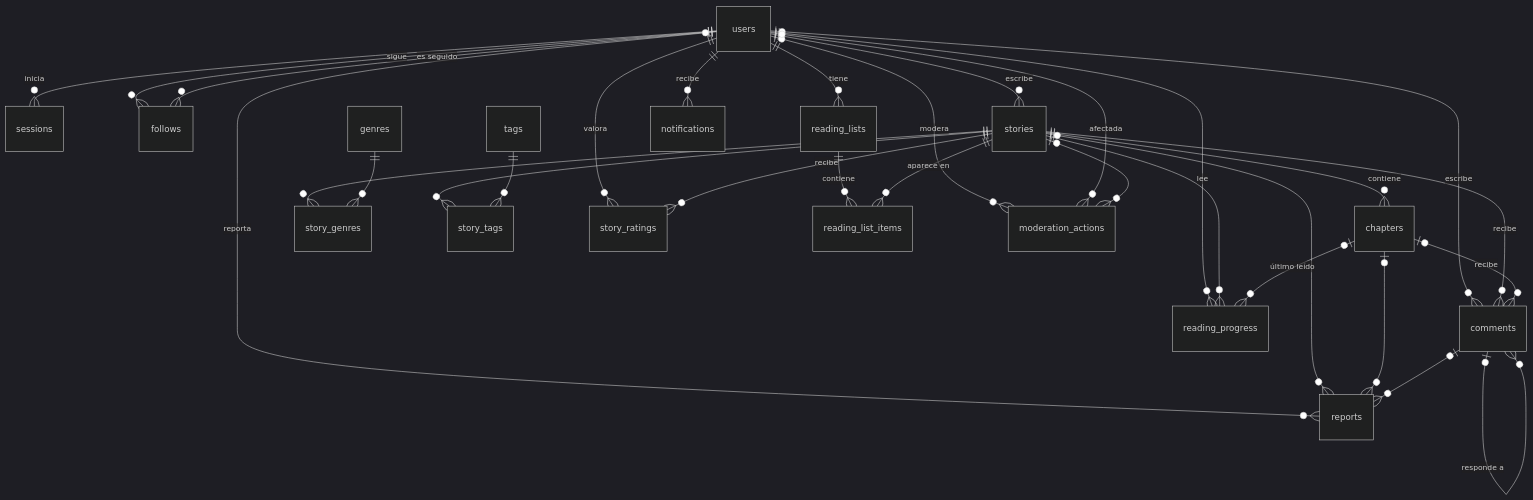
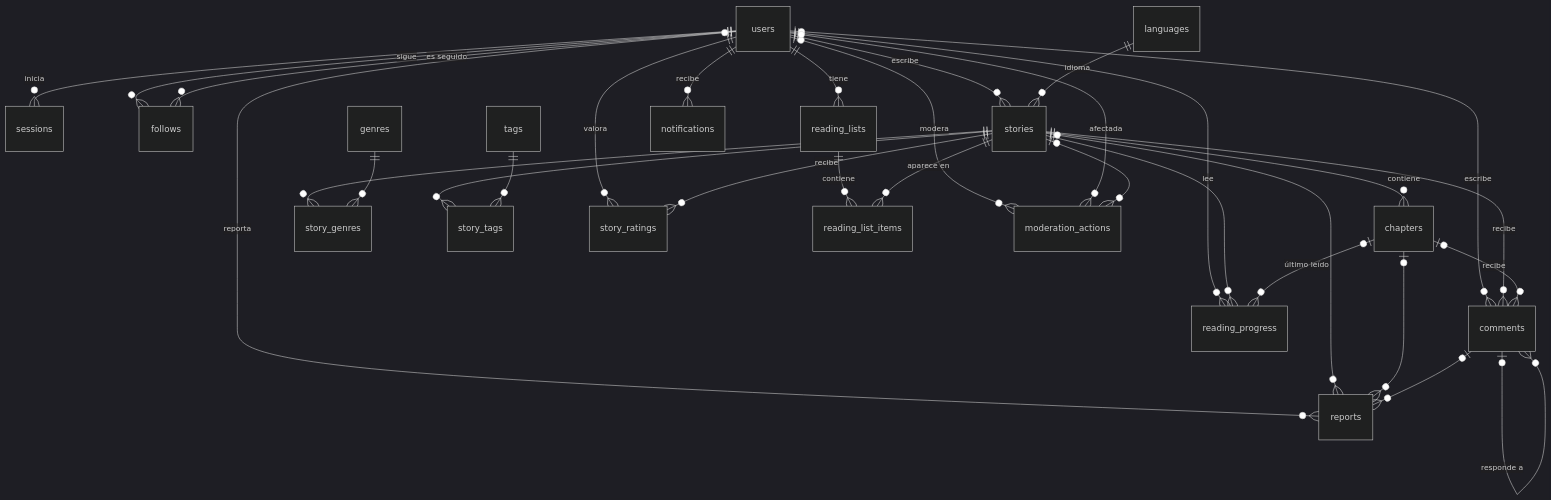
Before and after one commit to diegovhdev/yortale: the first of 7 diagrams in diagrams/er.md, drawn with Mermaid (dark theme). The commit also changed other lines of this file and 32 other files, not shown here.

````diff
--- a/diagrams/er.md
+++ b/diagrams/er.md
@@ -26,37 +26,38 @@
 ```mermaid
 erDiagram
     users ||--o{ sessions : "inicia"
     users ||--o{ follows : "sigue"
     users ||--o{ follows : "es seguido"
     users ||--o{ stories : "escribe"
+    languages ||--o{ stories : "idioma"
 
     stories ||--o{ chapters : "contiene"
     stories ||--o{ story_genres : ""
     genres ||--o{ story_genres : ""
     stories ||--o{ story_tags : ""
     tags ||--o{ story_tags : ""
 
     users |o--o{ comments : "escribe"
     stories ||--o{ comments : "recibe"
     chapters |o--o{ comments : "recibe"
     comments |o--o{ comments : "responde a"
     users ||--o{ story_ratings : "valora"
     stories ||--o{ story_ratings : "recibe"
 
     users ||--o{ reading_lists : "tiene"
     reading_lists ||--o{ reading_list_items : "contiene"
     stories ||--o{ reading_list_items : "aparece en"
     users ||--o{ reading_progress : "lee"
     stories ||--o{ reading_progress : ""
     chapters |o--o{ reading_progress : "último leído"
 
     users ||--o{ notifications : "recibe"
 
     users |o--o{ reports : "reporta"
     stories |o--o{ reports : ""
     chapters |o--o{ reports : ""
     comments |o--o{ reports : ""
     users |o--o{ moderation_actions : "modera"
     users |o--o{ moderation_actions : "afectada"
     stories |o--o{ moderation_actions : ""
 ```
````
